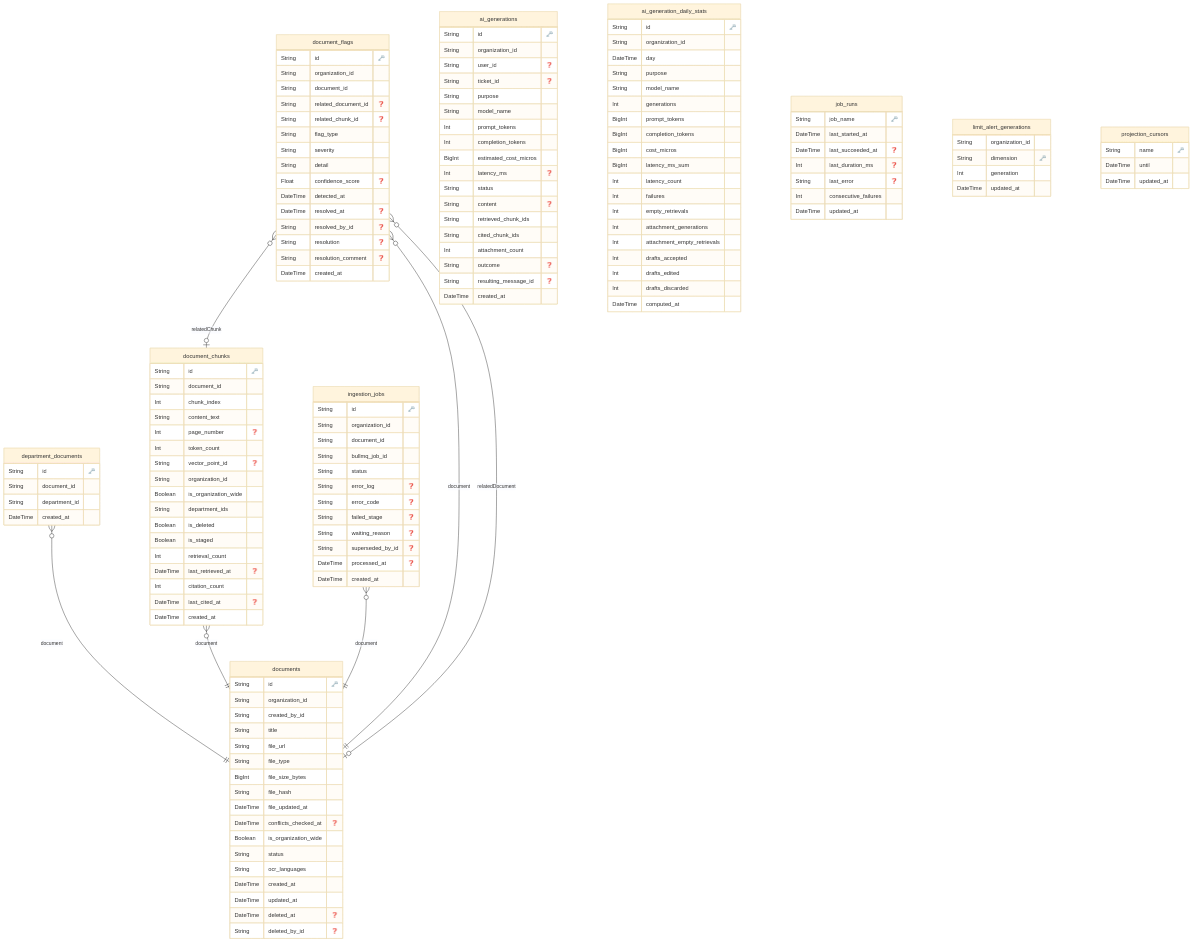
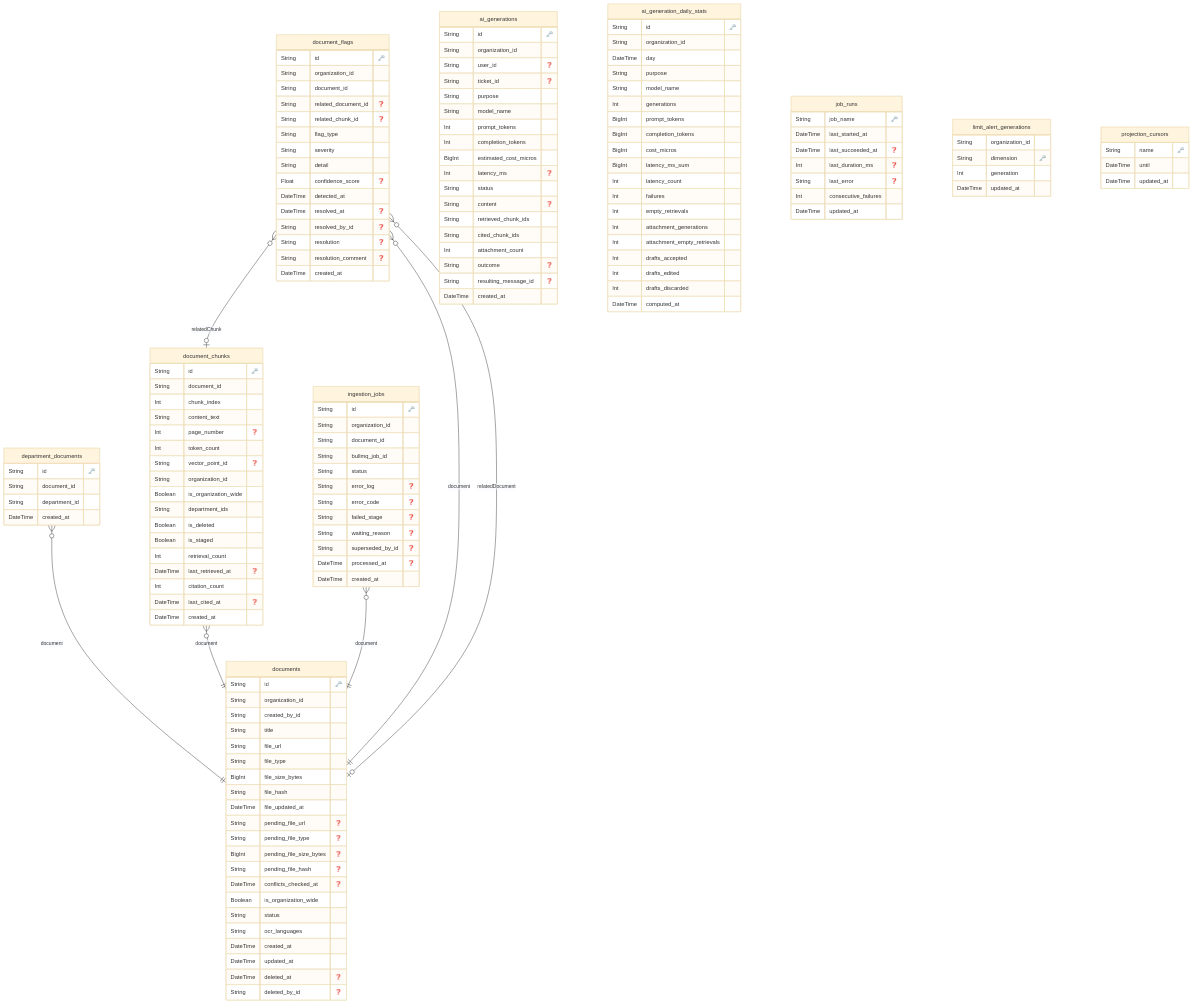
Before and after one commit to dungtq2k5/synapse-desk: the diagram in docs/reference/erd/ingestion-service.md, drawn with Mermaid (base theme). The commit also changed 9 other files, not shown here.

```diff
--- a/docs/reference/erd/ingestion-service.md
+++ b/docs/reference/erd/ingestion-service.md
@@ -11,6 +11,10 @@
     BigInt file_size_bytes
     String file_hash
     DateTime file_updated_at
+    String pending_file_url "❓"
+    String pending_file_type "❓"
+    BigInt pending_file_size_bytes "❓"
+    String pending_file_hash "❓"
     DateTime conflicts_checked_at "❓"
     Boolean is_organization_wide
     String status
```
